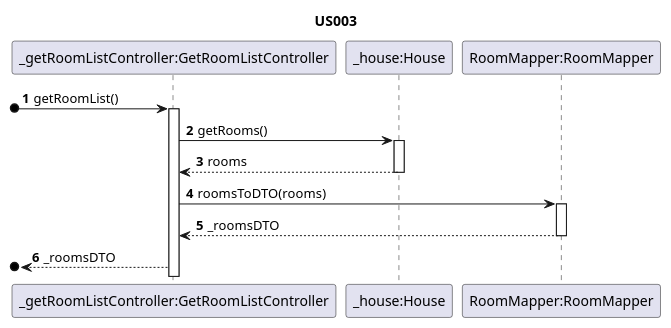
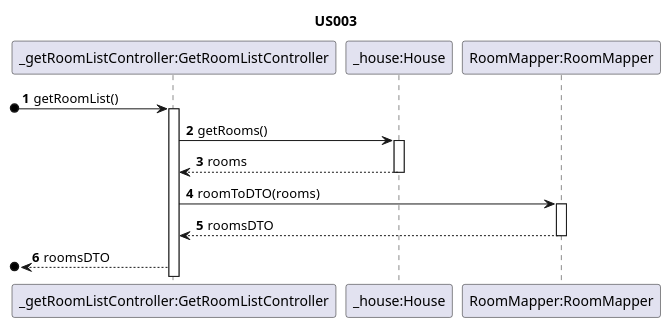
The diagram in projetoIntermedio/docs/sequence/UserStory003.puml (ozepedrorodrigues/projetoIntermedio), drawn with PlantUML before and after one commit. The commit also changed 18 other files, not shown here.

```diff
--- a/projetoIntermedio/docs/sequence/UserStory003.puml
+++ b/projetoIntermedio/docs/sequence/UserStory003.puml
@@ -1,30 +1,30 @@
 @startuml
 'https://plantuml.com/sequence-diagram
 
 autonumber
 
 title US003
 
 /'
 As an Administrator, I want to have a list of existing rooms, so that I can choose one to edit it.
 '/
 
 participant "_getRoomListController:GetRoomListController" as C
 participant "_house:House" as H
 participant "RoomMapper:RoomMapper" as M
 
 [o-> C: getRoomList()
 activate C
 C -> H: getRooms()
 activate H
 H-->C: rooms
 deactivate H
-C -> M: roomsToDTO(rooms)
+C -> M: roomToDTO(rooms)
 activate M
 
-M-->C: _roomsDTO
+M-->C: roomsDTO
 deactivate M
-[o<--C: _roomsDTO
+[o<--C: roomsDTO
 
 
 @enduml
```
